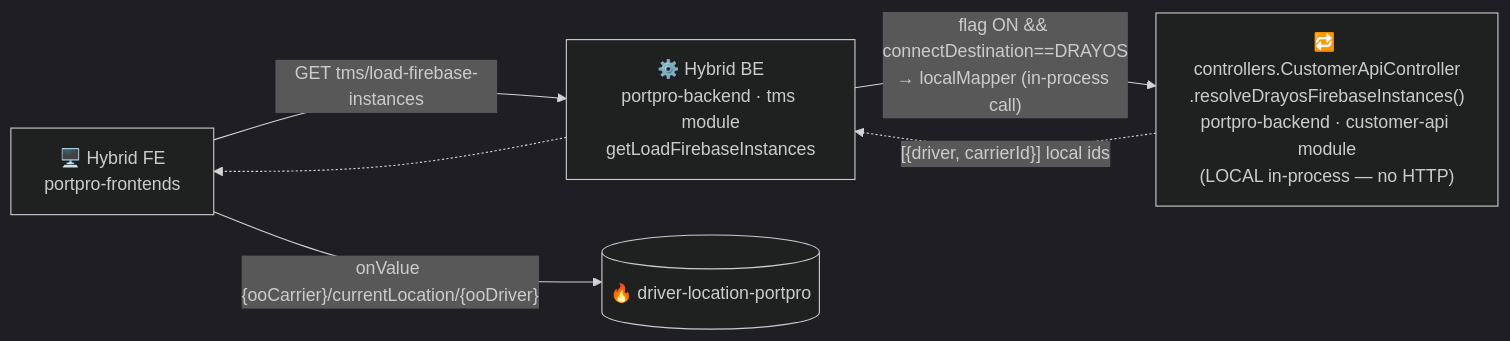
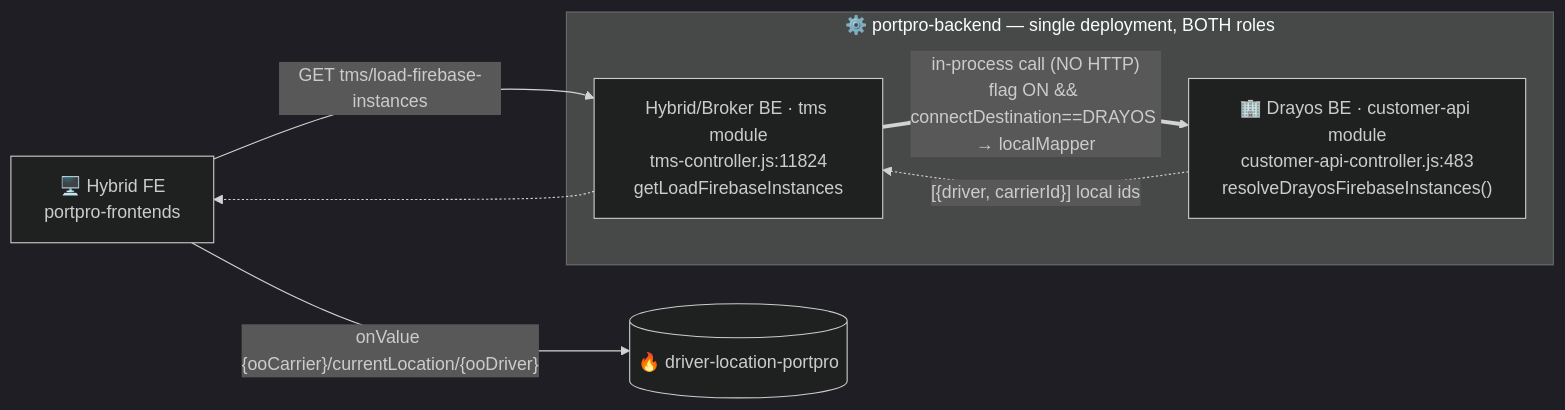
Before and after one commit to lamadev7/Obsidian-Vault: the first of 4 diagrams in raw/Live Tracking Architecture/03 - Flow 3 - Hybrid to OO Carrier.md, drawn with Mermaid (dark theme). The commit also changed other lines of this file, not shown here.

Commit message:
Flow 3 hop chain: show Drayos BE (customer-api) as explicit node inside single portpro-backend deployment

````diff
--- a/raw/Live Tracking Architecture/03 - Flow 3 - Hybrid to OO Carrier.md
+++ b/raw/Live Tracking Architecture/03 - Flow 3 - Hybrid to OO Carrier.md
@@ -25,13 +25,15 @@
 ```mermaid
 flowchart LR
   FE["🖥️ Hybrid FE<br/>portpro-frontends"]
-  BE["⚙️ Hybrid BE<br/>portpro-backend · tms module<br/>getLoadFirebaseInstances"]
-  LR2["🔁 controllers.CustomerApiController<br/>.resolveDrayosFirebaseInstances()<br/>portpro-backend · customer-api module<br/>(LOCAL in-process — no HTTP)"]
+  subgraph PB["⚙️ portpro-backend — single deployment, BOTH roles"]
+    BE["Hybrid/Broker BE · tms module<br/>tms-controller.js:11824<br/>getLoadFirebaseInstances"]
+    DE["🏢 Drayos BE · customer-api module<br/>customer-api-controller.js:483<br/>resolveDrayosFirebaseInstances()"]
+  end
   FB[("🔥 driver-location-portpro")]
 
   FE -->|"GET tms/load-firebase-instances"| BE
-  BE -->|"flag ON && connectDestination==DRAYOS<br/>→ localMapper (in-process call)"| LR2
-  LR2 -.->|"[{driver, carrierId}] local ids"| BE
+  BE ==>|"in-process call (NO HTTP)<br/>flag ON && connectDestination==DRAYOS → localMapper"| DE
+  DE -.->|"[{driver, carrierId}] local ids"| BE
   BE -.-> FE
   FE -->|"onValue {ooCarrier}/currentLocation/{ooDriver}"| FB
 ```
````
